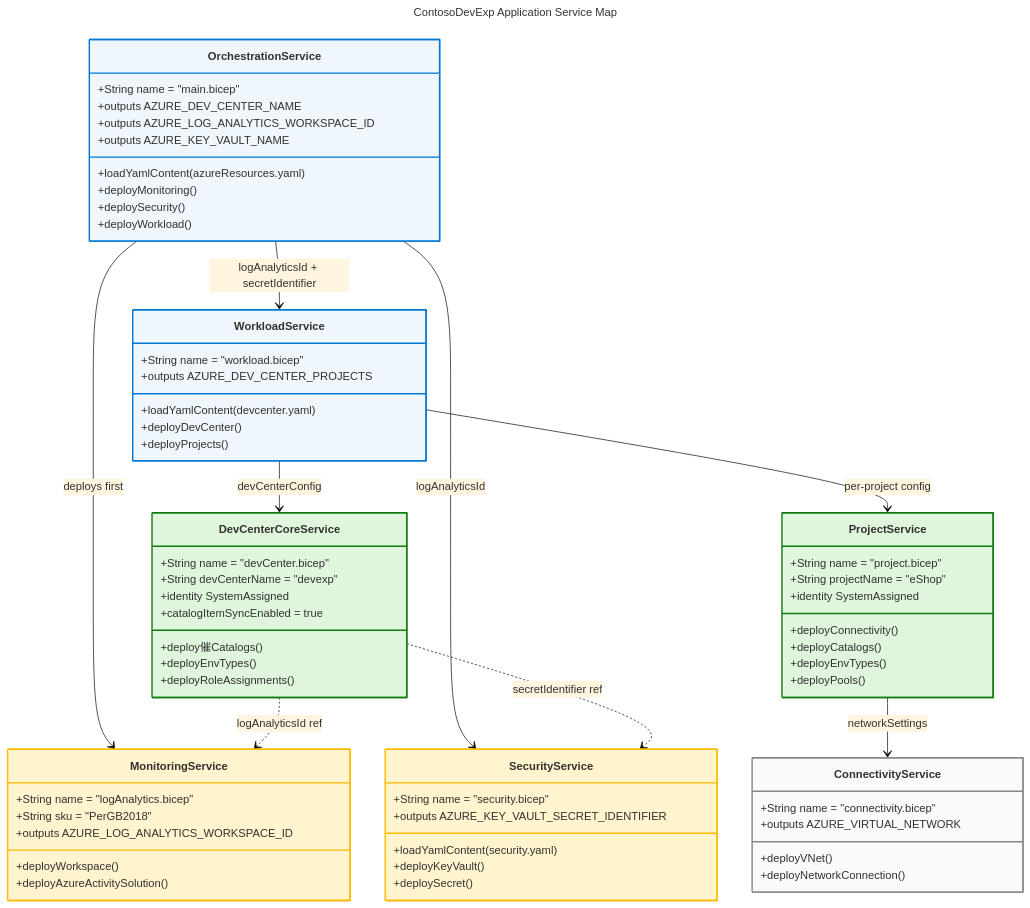
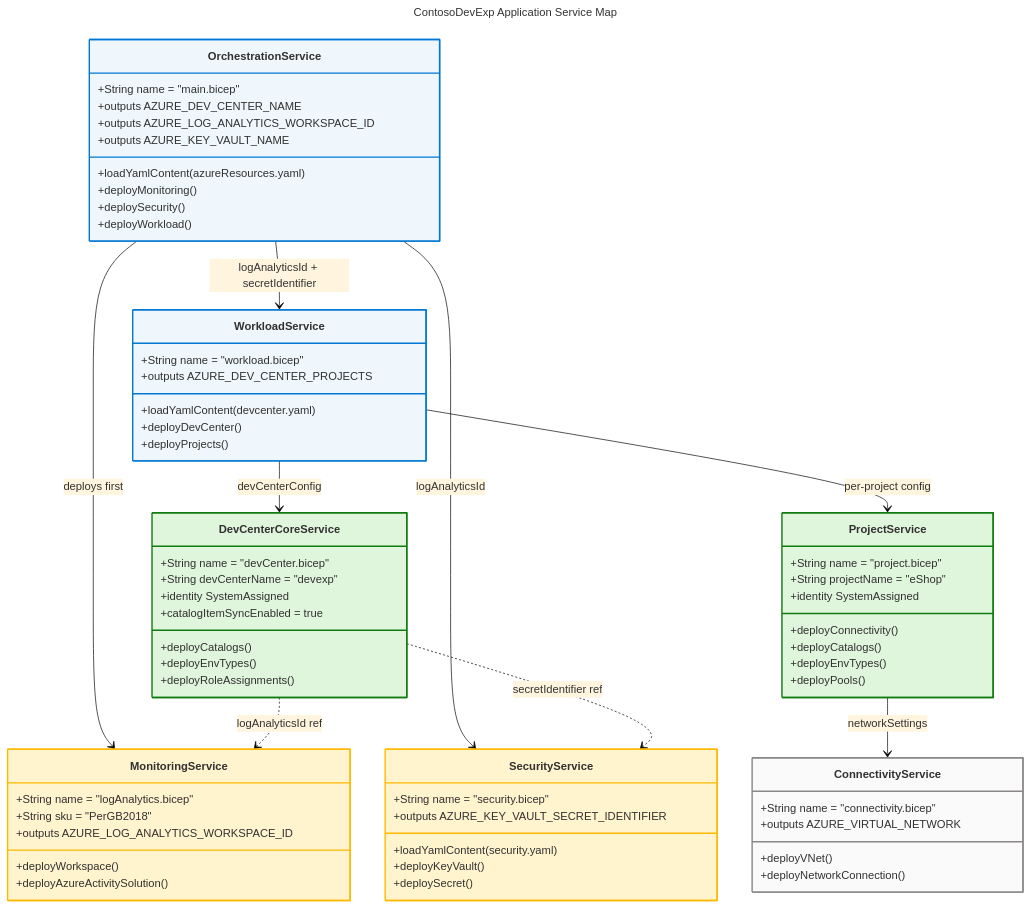
Before and after one commit to Evilazaro/DevExp-DevBox: the first of 5 diagrams in docs/architecture/app-arch.md, drawn with Mermaid. The commit also changed other lines of this file and 3 other files, not shown here.

Commit message:
Refactor architecture documentation for improved clarity and emphasis on principles

```diff
--- a/docs/architecture/app-arch.md
+++ b/docs/architecture/app-arch.md
@@ -346,7 +346,7 @@
         +String devCenterName = "devexp"
         +identity SystemAssigned
         +catalogItemSyncEnabled = true
-        +deploy催Catalogs()
+        +deployCatalogs()
         +deployEnvTypes()
         +deployRoleAssignments()
     }
```
